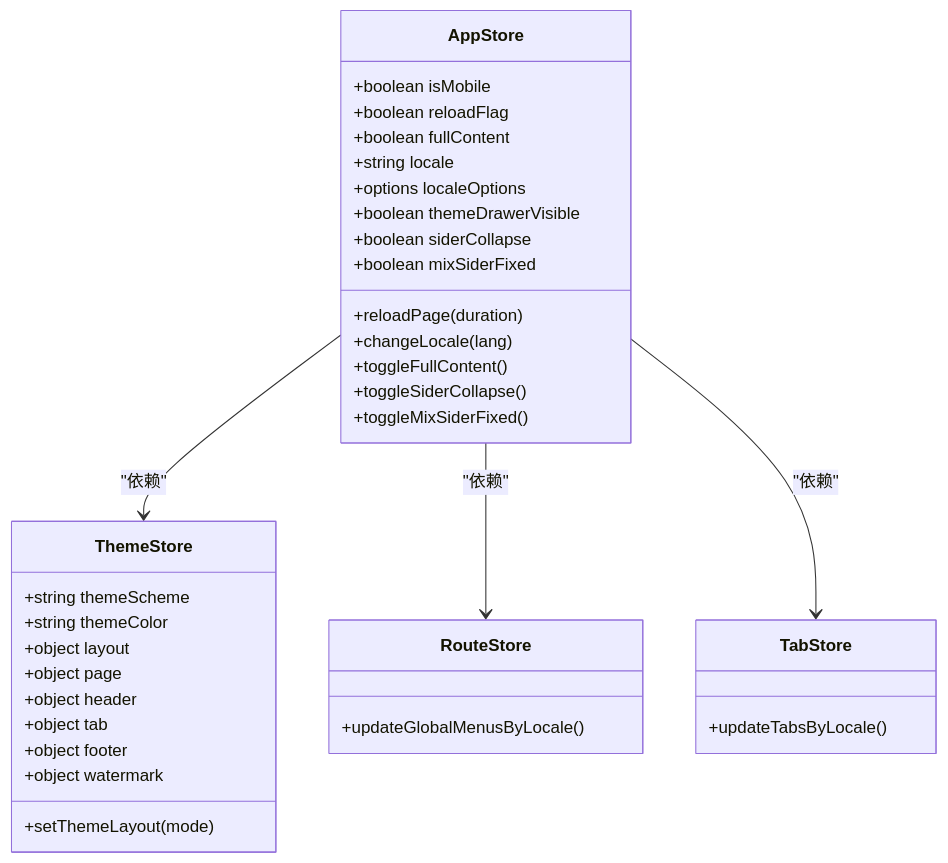
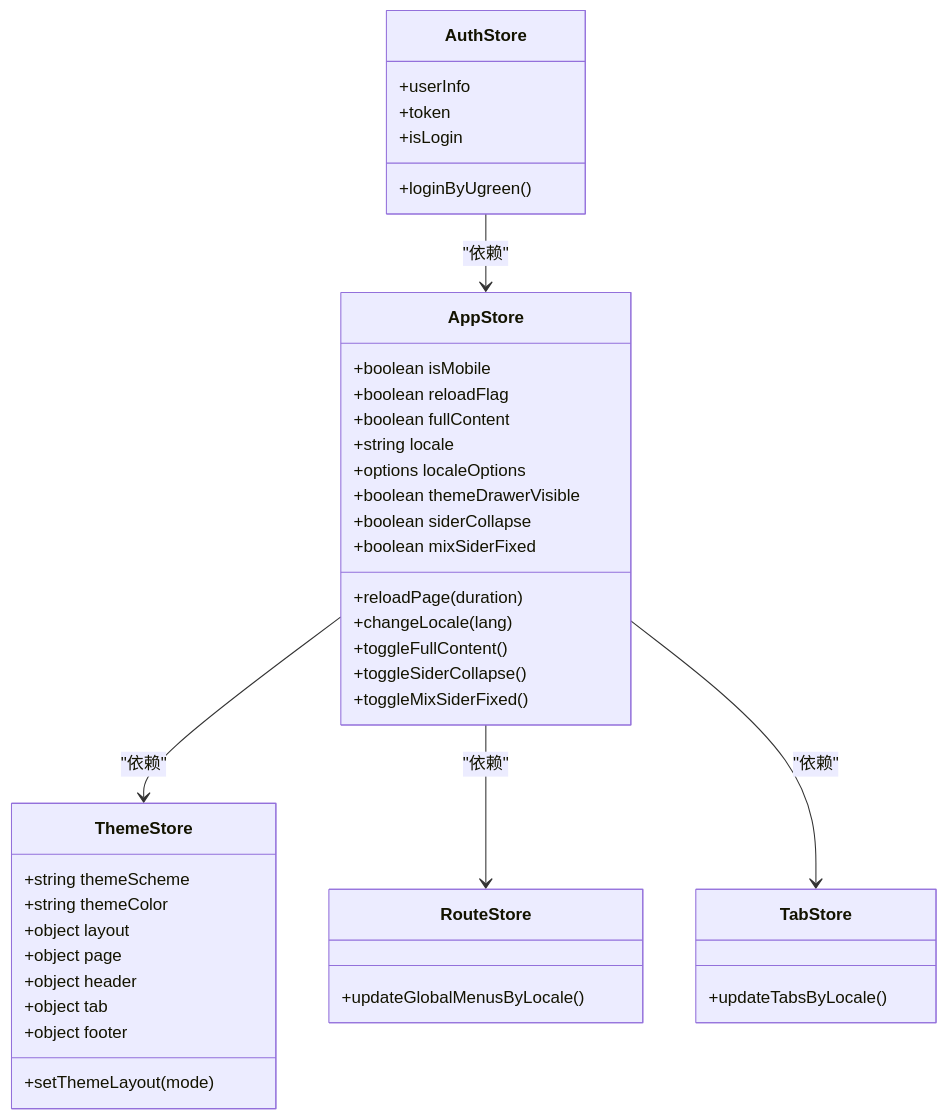
Before and after one commit to knifezred/boread: the fifth of 11 diagrams in .qoder/repowiki/zh/content/前端开发/前端开发.md, drawn with Mermaid. The commit also changed other lines of this file and 16 other files, not shown here.

````diff
--- a/.qoder/repowiki/zh/content/前端开发/前端开发.md
+++ b/.qoder/repowiki/zh/content/前端开发/前端开发.md
@@ -195,38 +228,44 @@
 ```mermaid
 classDiagram
 class AppStore {
 +boolean isMobile
 +boolean reloadFlag
 +boolean fullContent
 +string locale
 +options localeOptions
 +boolean themeDrawerVisible
 +boolean siderCollapse
 +boolean mixSiderFixed
 +reloadPage(duration)
 +changeLocale(lang)
 +toggleFullContent()
 +toggleSiderCollapse()
 +toggleMixSiderFixed()
 }
+class AuthStore {
++loginByUgreen()
++userInfo
++token
++isLogin
+}
 class ThemeStore {
 +string themeScheme
 +string themeColor
 +object layout
 +object page
 +object header
 +object tab
 +object footer
-+object watermark
 +setThemeLayout(mode)
 }
 class RouteStore {
 +updateGlobalMenusByLocale()
 }
 class TabStore {
 +updateTabsByLocale()
 }
 AppStore --> ThemeStore : "依赖"
 AppStore --> RouteStore : "依赖"
 AppStore --> TabStore : "依赖"
+AuthStore --> AppStore : "依赖"
 ```
````
